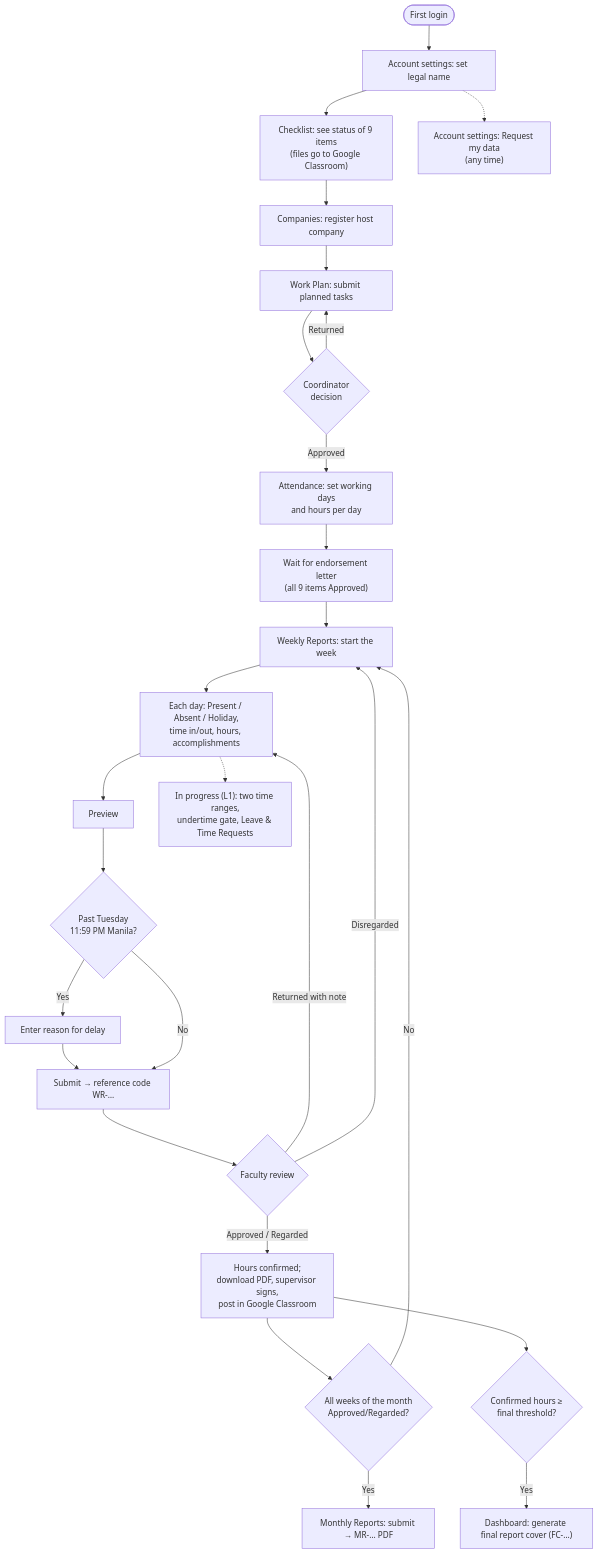
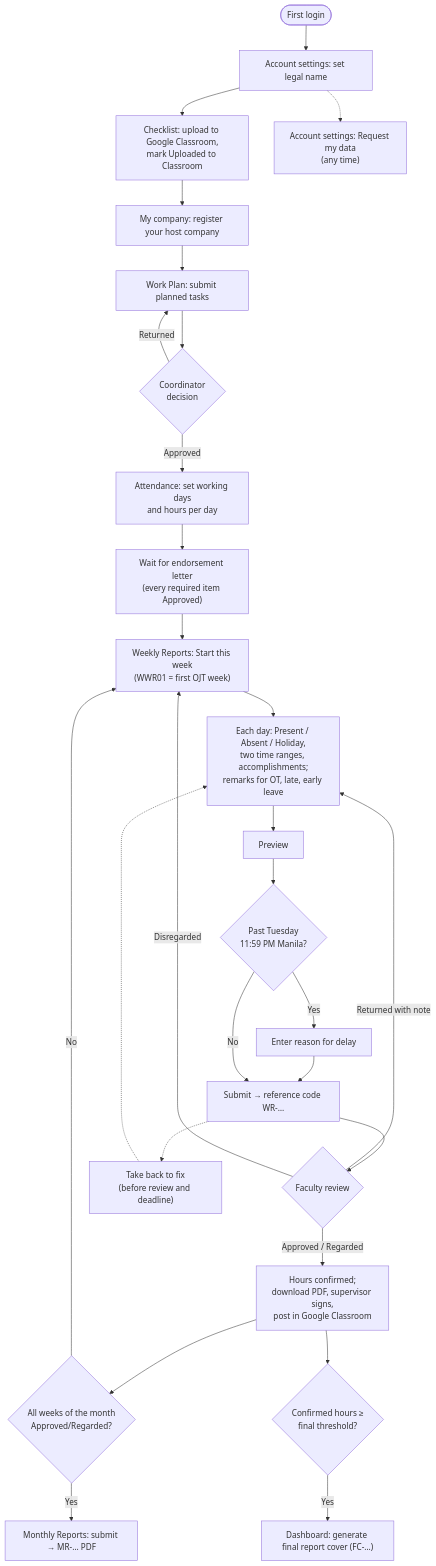
The third of 21 diagrams in docs/system/13-app-flow.md (team-beacon-slu/idsms-cis), drawn with Mermaid before and after one commit. The commit also changed other lines of this file and 21 other files, not shown here.

````diff
--- a/docs/system/13-app-flow.md
+++ b/docs/system/13-app-flow.md
@@ -148,28 +164,28 @@
 ```mermaid
 flowchart TD
     S0([First login]) --> S1["Account settings: set legal name"]
-    S1 --> S2["Checklist: see status of 9 items<br/>(files go to Google Classroom)"]
-    S2 --> S3["Companies: register host company"]
+    S1 --> S2["Checklist: upload to Google Classroom,<br/>mark Uploaded to Classroom"]
+    S2 --> S3["My company: register your host company"]
     S3 --> S4["Work Plan: submit planned tasks"]
     S4 --> S5{Coordinator<br/>decision}
     S5 -- Returned --> S4
     S5 -- Approved --> S6["Attendance: set working days<br/>and hours per day"]
-    S6 --> S7["Wait for endorsement letter<br/>(all 9 items Approved)"]
-    S7 --> W1["Weekly Reports: start the week"]
-    W1 --> W2["Each day: Present / Absent / Holiday,<br/>time in/out, hours, accomplishments"]
+    S6 --> S7["Wait for endorsement letter<br/>(every required item Approved)"]
+    S7 --> W1["Weekly Reports: Start this week<br/>(WWR01 = first OJT week)"]
+    W1 --> W2["Each day: Present / Absent / Holiday,<br/>two time ranges, accomplishments;<br/>remarks for OT, late, early leave"]
     W2 --> W3["Preview"]
     W3 --> W4{"Past Tuesday<br/>11:59 PM Manila?"}
     W4 -- Yes --> W5["Enter reason for delay"] --> W6
     W4 -- No --> W6["Submit → reference code WR-…"]
     W6 --> W7{Faculty review}
     W7 -- Returned with note --> W2
     W7 -- Disregarded --> W1
     W7 -- "Approved / Regarded" --> W8["Hours confirmed;<br/>download PDF, supervisor signs,<br/>post in Google Classroom"]
     W8 --> M1{"All weeks of the month<br/>Approved/Regarded?"}
     M1 -- Yes --> M2["Monthly Reports: submit → MR-… PDF"]
     M1 -- No --> W1
     W8 --> FC{"Confirmed hours ≥<br/>final threshold?"}
     FC -- Yes --> FC2["Dashboard: generate final report cover (FC-…)"]
     S1 -.-> DR["Account settings: Request my data<br/>(any time)"]
-    W2 -.-> L1["In progress (L1): two time ranges,<br/>undertime gate, Leave & Time Requests"]
+    W6 -.-> WD["Take back to fix<br/>(before review and deadline)"] -.-> W2
 ```
````
